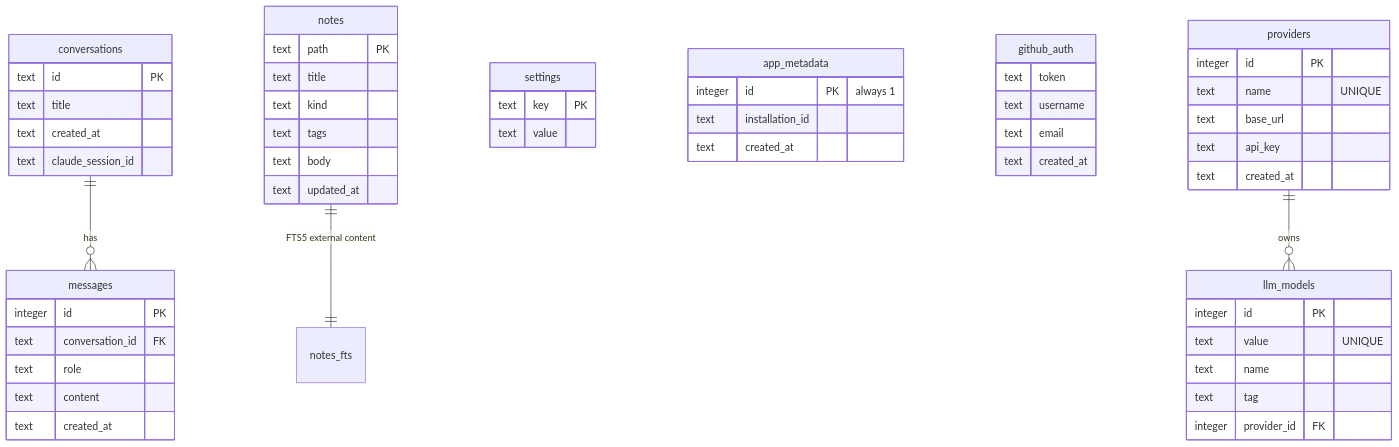
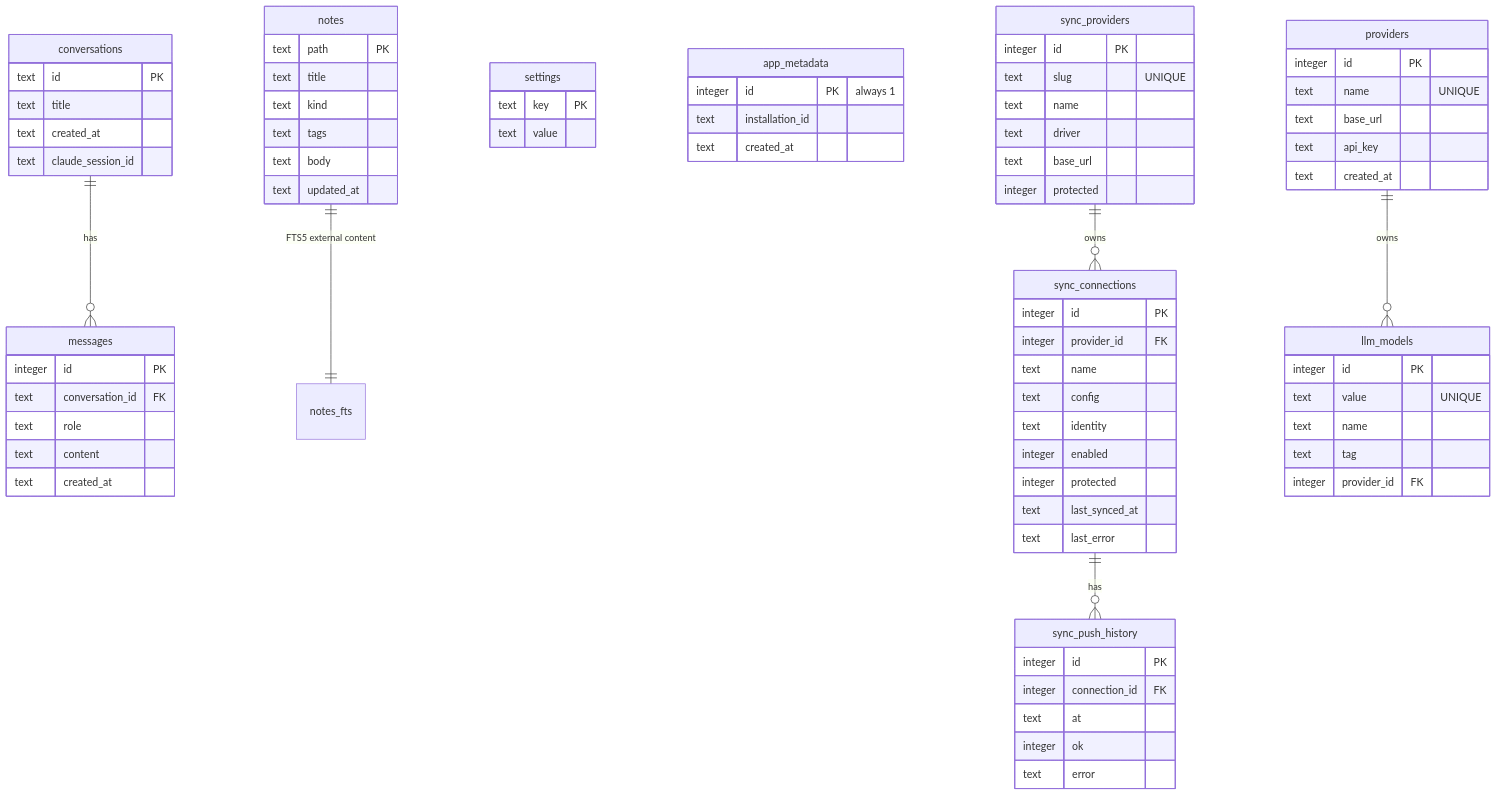
Before and after one commit to shiv-source/thoth: the diagram in docs/schema.md, drawn with Mermaid. The commit also changed other lines of this file and 41 other files, not shown here.

First line of the commit message:
feat(sync): S3 snapshot history, restore, scheduled auto-sync, push history

````diff
--- a/docs/schema.md
+++ b/docs/schema.md
@@ -5,56 +5,78 @@
 ```mermaid
 erDiagram
     conversations ||--o{ messages : "has"
     conversations {
         text id PK
         text title
         text created_at
         text claude_session_id
     }
     messages {
         integer id PK
         text conversation_id FK
         text role
         text content
         text created_at
     }
     notes ||--|| notes_fts : "FTS5 external content"
     notes {
         text path PK
         text title
         text kind
         text tags
         text body
         text updated_at
     }
     settings {
         text key PK
         text value
     }
     app_metadata {
         integer id PK "always 1"
         text installation_id
         text created_at
     }
-    github_auth {
-        text token
-        text username
-        text email
-        text created_at
+    sync_providers ||--o{ sync_connections : "owns"
+    sync_providers {
+        integer id PK
+        text slug "UNIQUE"
+        text name
+        text driver
+        text base_url
+        integer protected
+    }
+    sync_connections ||--o{ sync_push_history : "has"
+    sync_connections {
+        integer id PK
+        integer provider_id FK
+        text name
+        text config
+        text identity
+        integer enabled
+        integer protected
+        text last_synced_at
+        text last_error
+    }
+    sync_push_history {
+        integer id PK
+        integer connection_id FK
+        text at
+        integer ok
+        text error
     }
     providers ||--o{ llm_models : "owns"
     providers {
         integer id PK
         text name "UNIQUE"
         text base_url
         text api_key
         text created_at
     }
     llm_models {
         integer id PK
         text value "UNIQUE"
         text name
         text tag
         integer provider_id FK
     }
 ```
````
